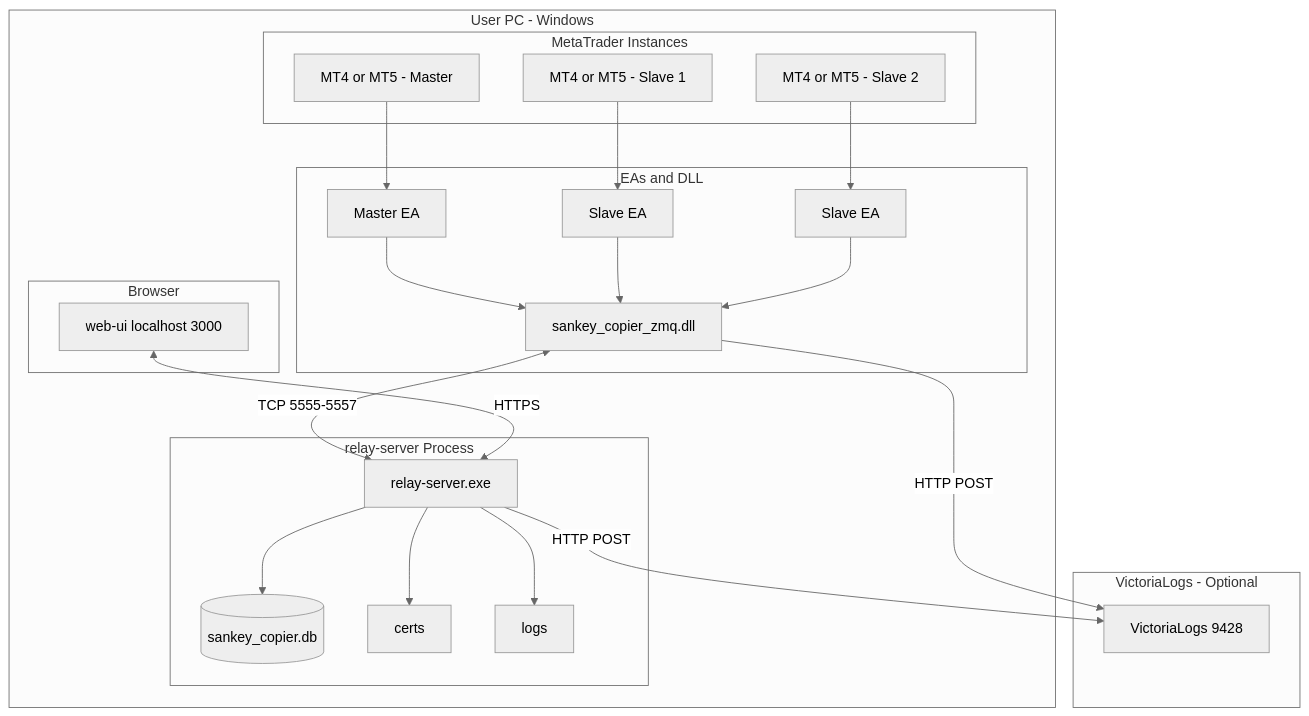
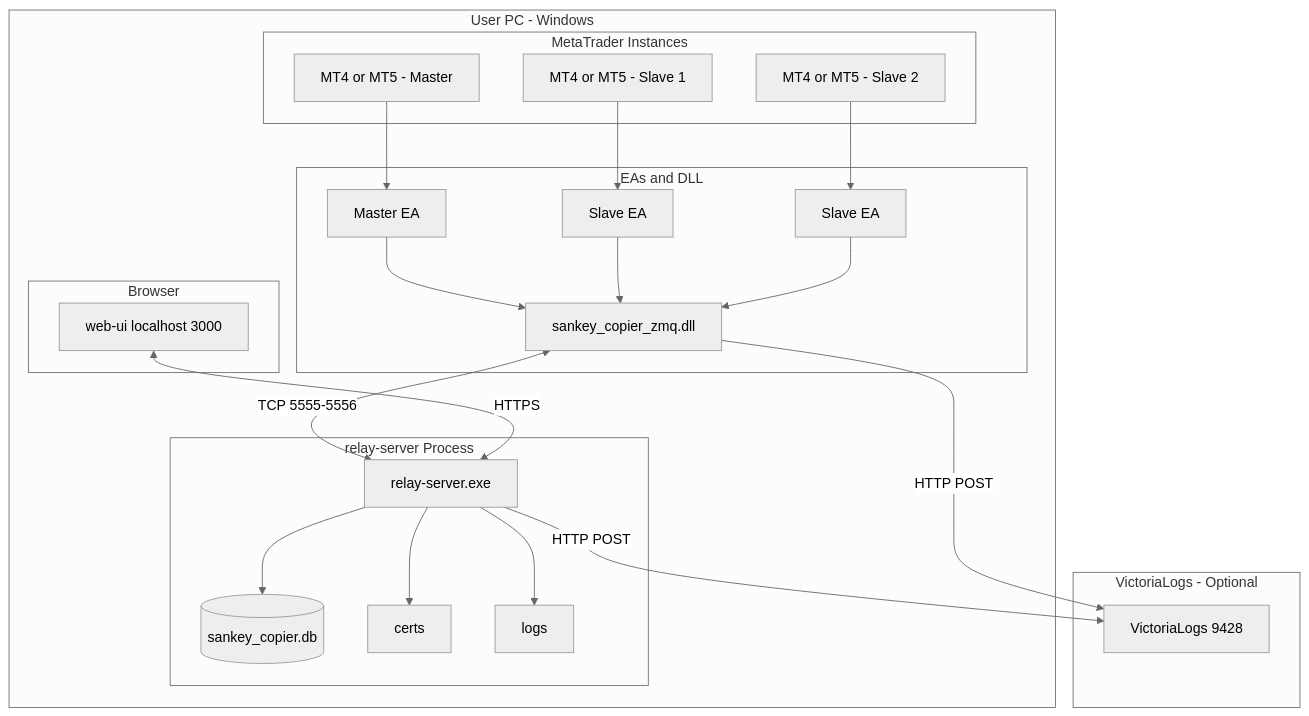
One commit to poruru210/sankey-copier changed diagram 11 of 13 in docs/README.md. Above: the diagram before and after it, drawn with Mermaid (neutral theme). The commit also changed other lines of this file and 35 other files, not shown here.

````diff
--- a/docs/README.md
+++ b/docs/README.md
@@ -622,49 +617,49 @@
 ```mermaid
 graph TB
     subgraph user_pc["User PC - Windows"]
         subgraph mt_instances["MetaTrader Instances"]
             MT1["MT4 or MT5 - Master"]
             MT2["MT4 or MT5 - Slave 1"]
             MT3["MT4 or MT5 - Slave 2"]
         end
 
         subgraph eas_dll["EAs and DLL"]
             EA1["Master EA"]
             EA2["Slave EA"]
             EA3["Slave EA"]
             DLL["sankey_copier_zmq.dll"]
         end
 
         subgraph relay_process["relay-server Process"]
             RS["relay-server.exe"]
             DB[("sankey_copier.db")]
             CERTS["certs"]
             LOGS["logs"]
         end
 
         subgraph browser["Browser"]
             WEB["web-ui localhost 3000"]
         end
 
         MT1 --> EA1
         MT2 --> EA2
         MT3 --> EA3
         EA1 --> DLL
         EA2 --> DLL
         EA3 --> DLL
 
-        DLL <-->|TCP 5555-5557| RS
+        DLL <-->|TCP 5555-5556| RS
         RS --> DB
         RS --> CERTS
         RS --> LOGS
 
         WEB <-->|HTTPS| RS
     end
 
     subgraph vlogs["VictoriaLogs - Optional"]
         VL["VictoriaLogs 9428"]
     end
 
     RS -->|HTTP POST| VL
     DLL -->|HTTP POST| VL
 ```
````
